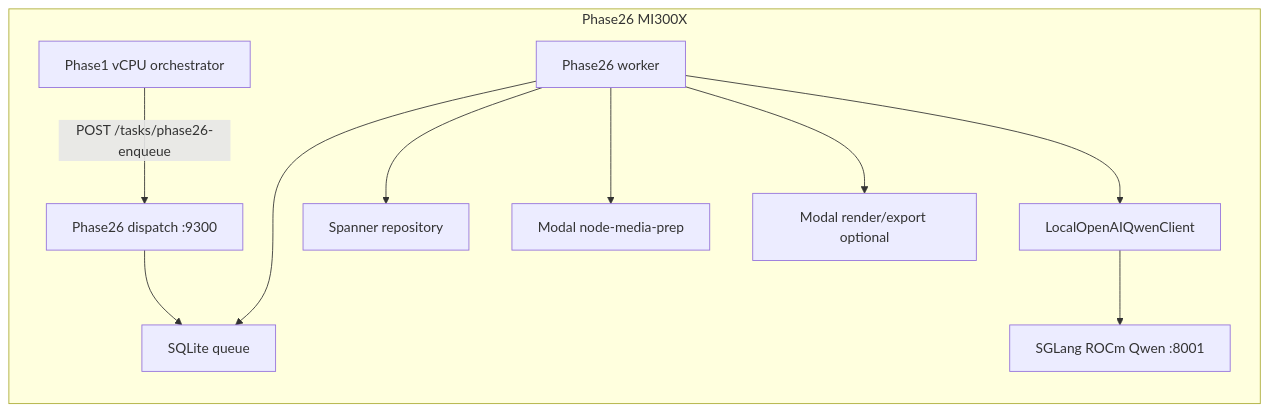
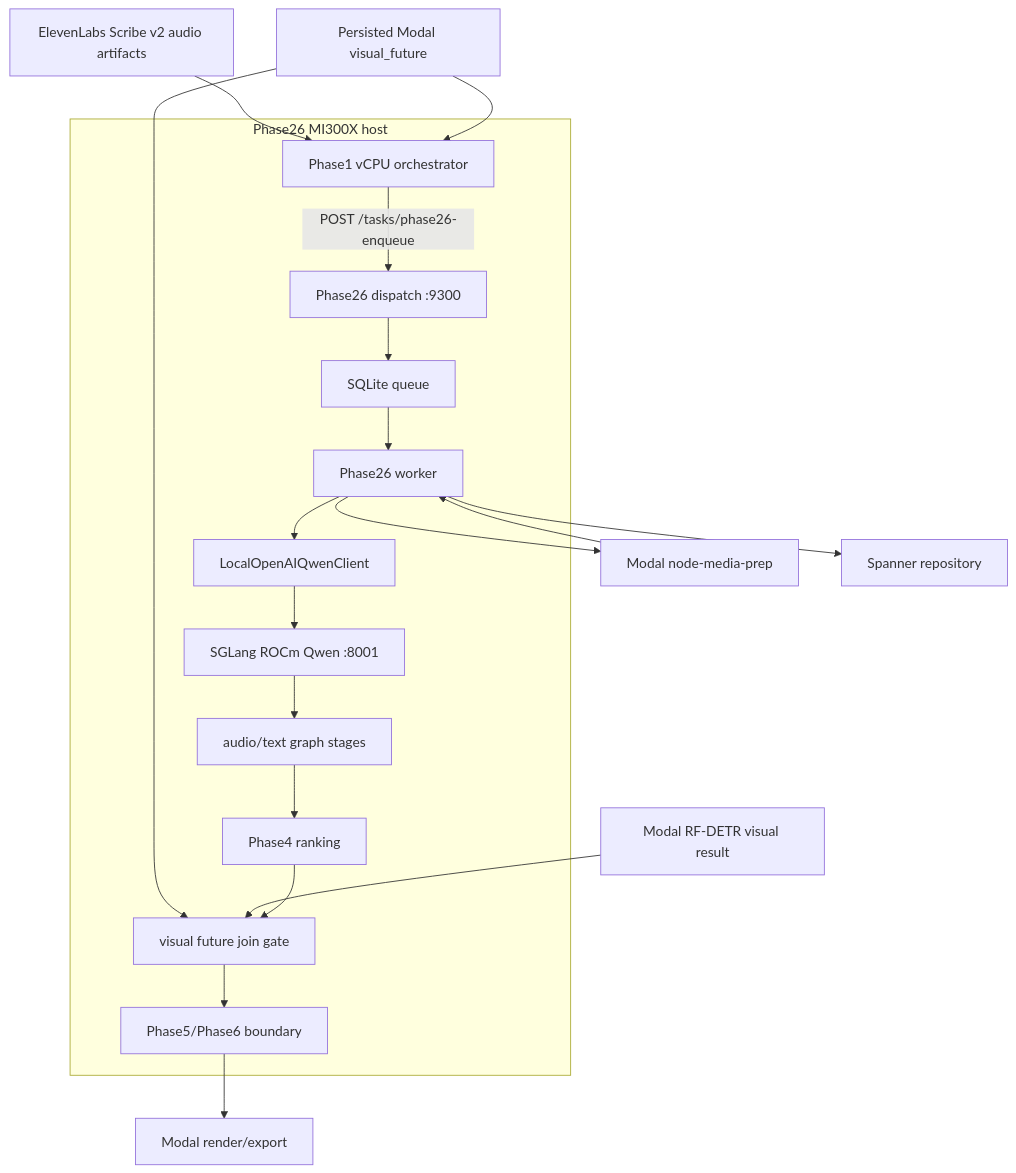
Before and after one commit to ClyptAI/Clypt-Backend: the first of 5 diagrams in docs/specs/2026-05-02_phase26_amd_mi300x_sglang_qwen_spec.md, drawn with Mermaid. The commit also changed 8 other files, not shown here.

````diff
--- a/docs/specs/2026-05-02_phase26_amd_mi300x_sglang_qwen_spec.md
+++ b/docs/specs/2026-05-02_phase26_amd_mi300x_sglang_qwen_spec.md
@@ -69,13 +69,33 @@
 ```mermaid
-flowchart LR
-  subgraph P26["Phase26 MI300X"]
-    P1["Phase1 vCPU orchestrator"] -->|POST /tasks/phase26-enqueue| D["Phase26 dispatch :9300"]
-    D --> Q["SQLite queue"]
-    W["Phase26 worker"] --> Q
-    W --> LLM["LocalOpenAIQwenClient"]
-    LLM --> SG["SGLang ROCm Qwen :8001"]
-    W --> SP["Spanner repository"]
-    W --> MOD["Modal node-media-prep"]
-    W --> RENDER["Modal render/export optional"]
+flowchart TD
+  SCRIBE["ElevenLabs Scribe v2 audio artifacts"]
+  VISF["Persisted Modal visual_future"]
+  VIS["Modal RF-DETR visual result"]
+  MOD["Modal node-media-prep"]
+  RENDER["Modal render/export"]
+  SP["Spanner repository"]
+
+  subgraph P26["Phase26 MI300X host"]
+    P1["Phase1 vCPU orchestrator"]
+    D["Phase26 dispatch :9300"]
+    Q["SQLite queue"]
+    W["Phase26 worker"]
+    LLM["LocalOpenAIQwenClient"]
+    SG["SGLang ROCm Qwen :8001"]
+    TEXT["audio/text graph stages"]
+    JOIN["visual future join gate"]
+    RANK["Phase4 ranking"]
+    P56["Phase5/Phase6 boundary"]
   end
+
+  SCRIBE --> P1
+  VISF --> P1
+  P1 -->|POST /tasks/phase26-enqueue| D --> Q --> W
+  W --> LLM --> SG --> TEXT --> RANK
+  VISF --> JOIN
+  VIS --> JOIN
+  RANK --> JOIN --> P56
+  W --> MOD --> W
+  P56 --> RENDER
+  W --> SP
 ```
````
